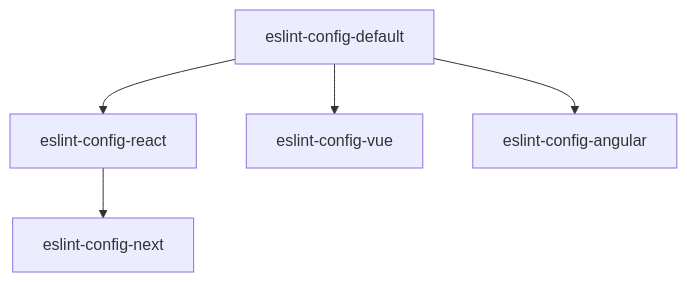
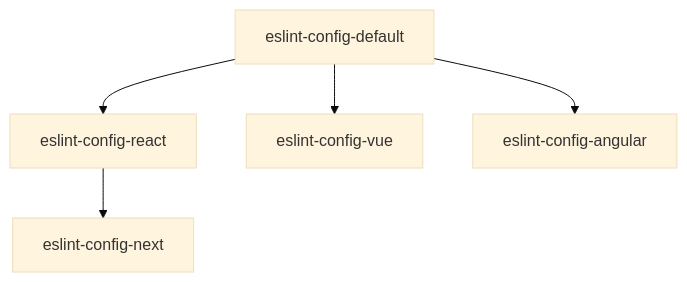
One commit to MAARK/code-config changed the diagram in README.md. Above: the diagram before and after it, drawn with Mermaid. The commit also changed 1 other file, not shown here.

Commit message:
Update mermaid theme in markdown

````diff
--- a/README.md
+++ b/README.md
@@ -46,7 +46,8 @@
 ```mermaid
+%%{init: {'theme':'base'}}%%
 graph TD
     A[eslint-config-default] --> B[eslint-config-react]
     A --> eslint-config-vue
     A --> eslint-config-angular
     B --> eslint-config-next
 ```
````
